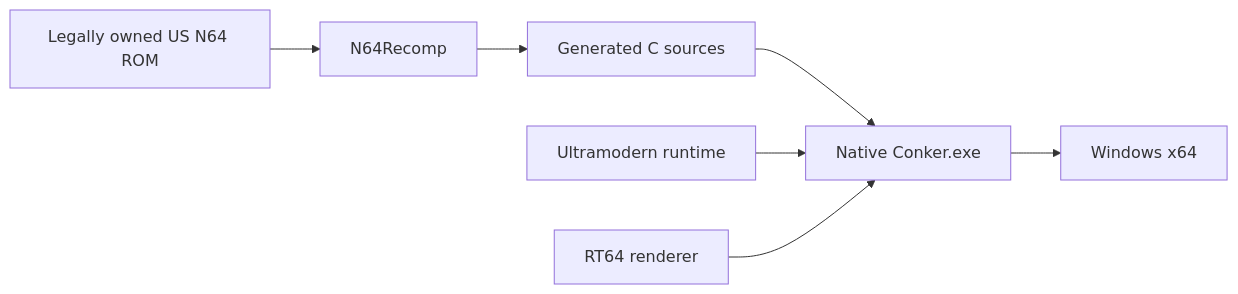
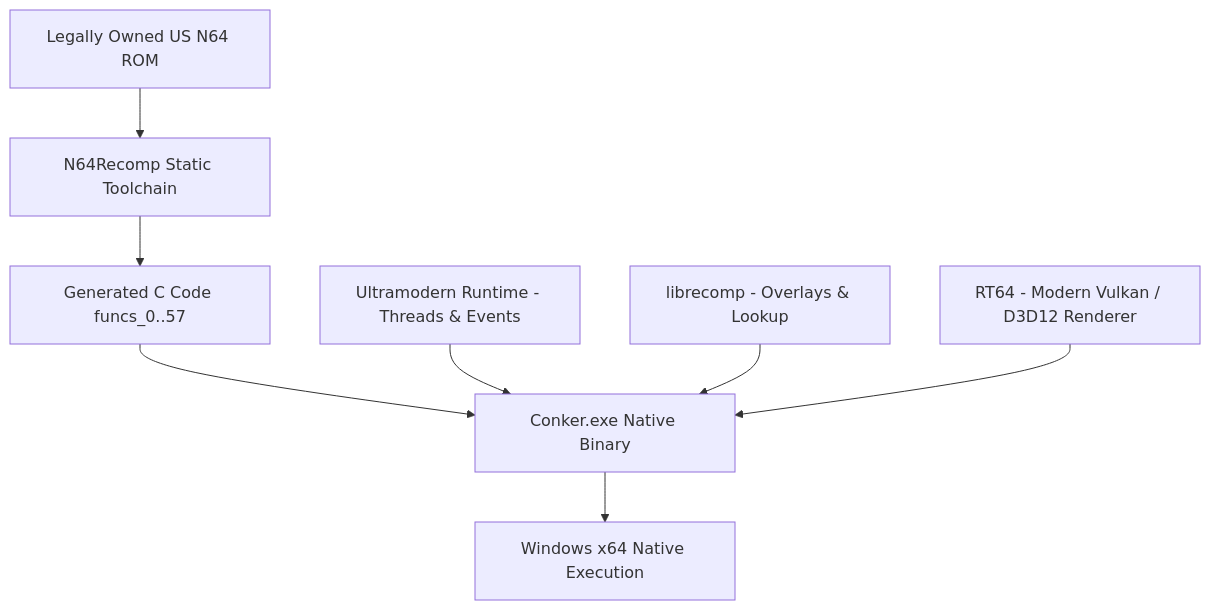
Before and after one commit to codepdbh/conker-bad-fur-day-pc: the second of 2 diagrams in README.md, drawn with Mermaid. The commit also changed other lines of this file and 8 other files, not shown here.

Commit message:
Fix RT64 Vulkan render targets, Win32 TLS thread isolation, and update progress charts

````diff
--- a/README.md
+++ b/README.md
@@ -60,9 +69,10 @@
 ```mermaid
-flowchart LR
-    ROM[Legally owned US N64 ROM] --> RECOMP[N64Recomp]
-    RECOMP --> C[Generated C sources]
-    C --> EXE[Native Conker.exe]
-    U[Ultramodern runtime] --> EXE
-    R[RT64 renderer] --> EXE
-    EXE --> W[Windows x64]
+flowchart TD
+    ROM[Legally Owned US N64 ROM] --> RECOMP[N64Recomp Static Toolchain]
+    RECOMP --> C[Generated C Code funcs_0..57]
+    C --> EXE[Conker.exe Native Binary]
+    ULTRA[Ultramodern Runtime - Threads & Events] --> EXE
+    LIBREC[librecomp - Overlays & Lookup] --> EXE
+    RT64[RT64 - Modern Vulkan / D3D12 Renderer] --> EXE
+    EXE --> HOST[Windows x64 Native Execution]
 ```
````
